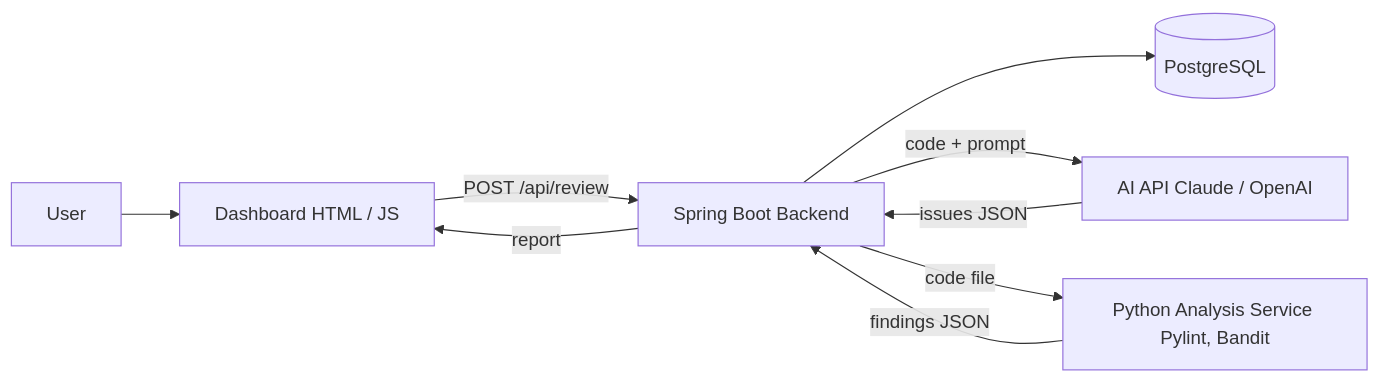
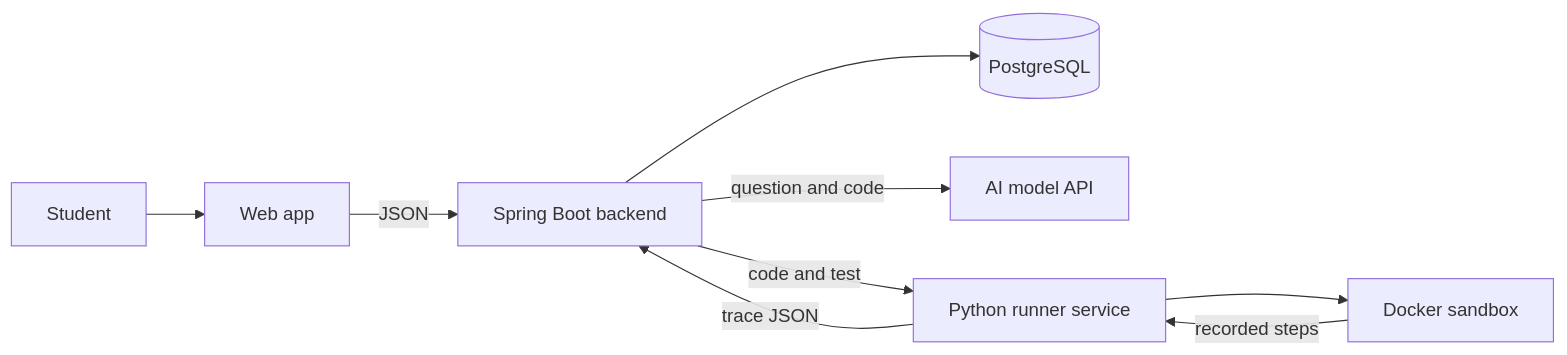
One commit to Anujpal-15th/ai-code-review-platform changed the first of 3 diagrams in docs/architecture.md. Above: the diagram before and after it, drawn with Mermaid. The commit also changed other lines of this file and 11 other files, not shown here.

````diff
--- a/docs/architecture.md
+++ b/docs/architecture.md
@@ -5,11 +5,11 @@
 ```mermaid
 flowchart LR
-    U[User] --> D[Dashboard HTML / JS]
-    D -->|POST /api/review| B[Spring Boot Backend]
+    S[Student] --> F[Web app]
+    F -->|JSON| B[Spring Boot backend]
     B --> DB[(PostgreSQL)]
-    B -->|code + prompt| AI[AI API Claude / OpenAI]
-    B -->|code file| PY[Python Analysis Service Pylint, Bandit]
-    PY -->|findings JSON| B
-    AI -->|issues JSON| B
-    B -->|report| D
+    B -->|question and code| AI[AI model API]
+    B -->|code and test| R[Python runner service]
+    R --> D[Docker sandbox]
+    D -->|recorded steps| R
+    R -->|trace JSON| B
 ```
````
